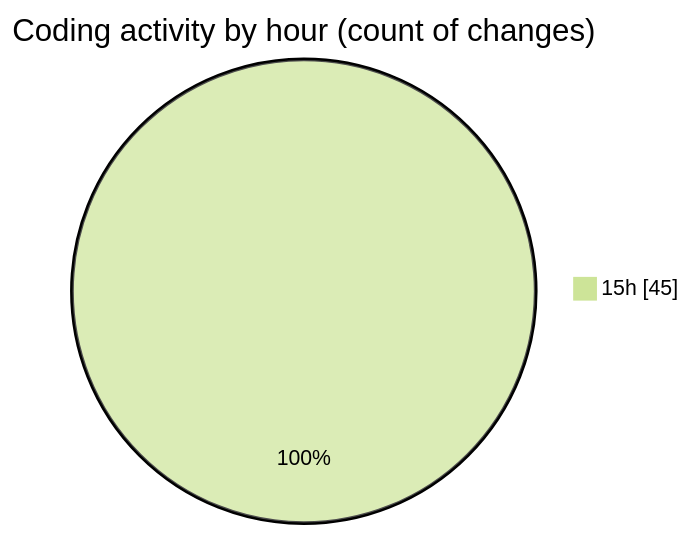
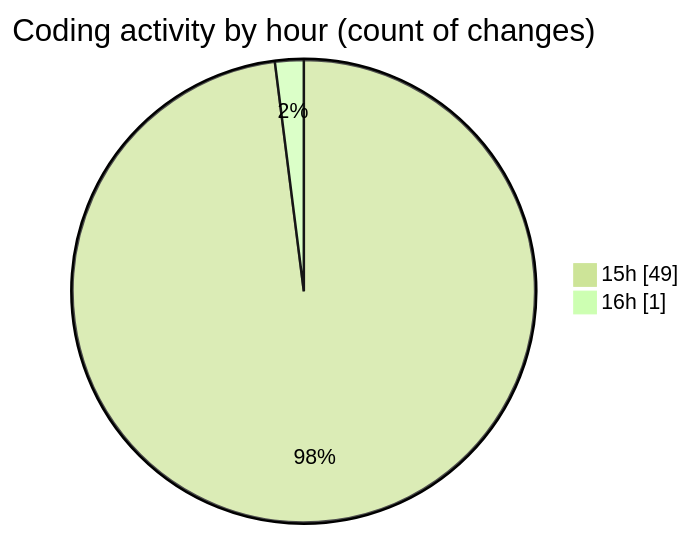
Before and after one commit to Elitesun/code-tracking: the second of 2 diagrams in 2025-04-07/sungpt/README.md, drawn with Mermaid (forest theme). The commit also changed other lines of this file and 1 other file, not shown here.

````diff
--- a/2025-04-07/sungpt/README.md
+++ b/2025-04-07/sungpt/README.md
@@ -37,5 +37,6 @@
 ```mermaid
 pie showData
 title Coding activity by hour (count of changes)
-"15h" : 45
+"15h" : 49
+"16h" : 1
 ```
````
